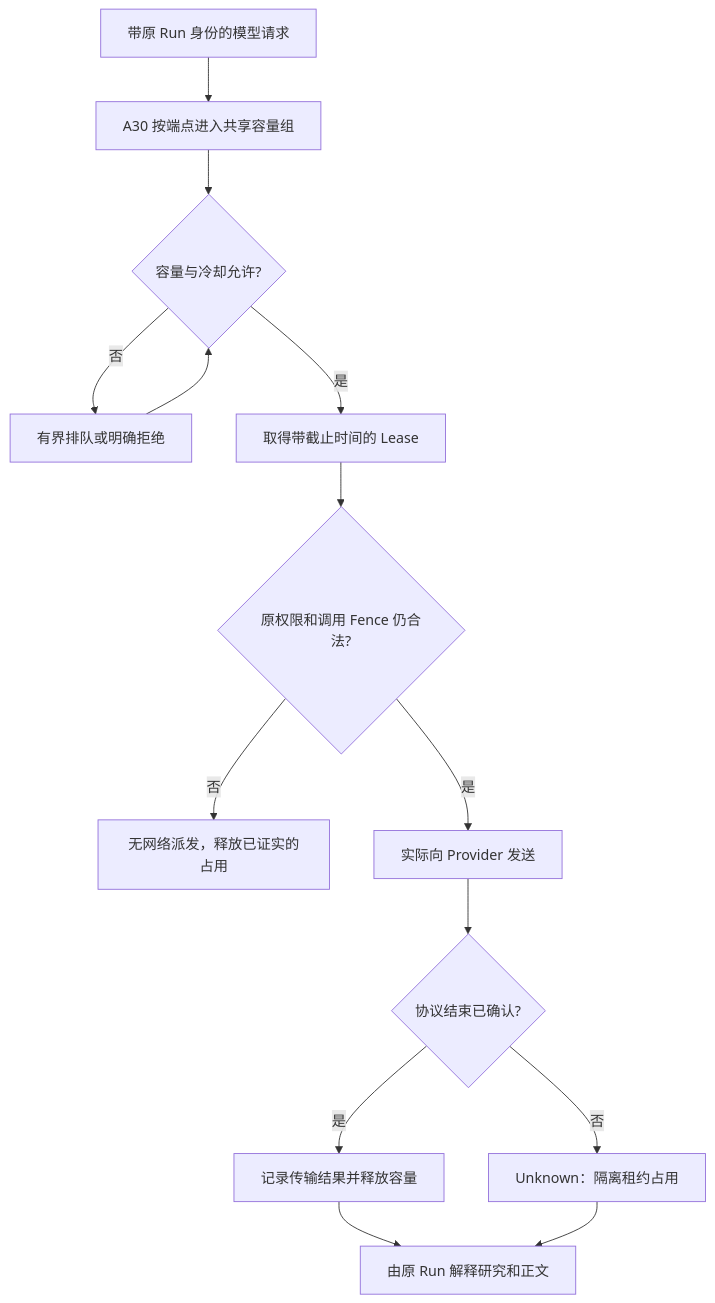
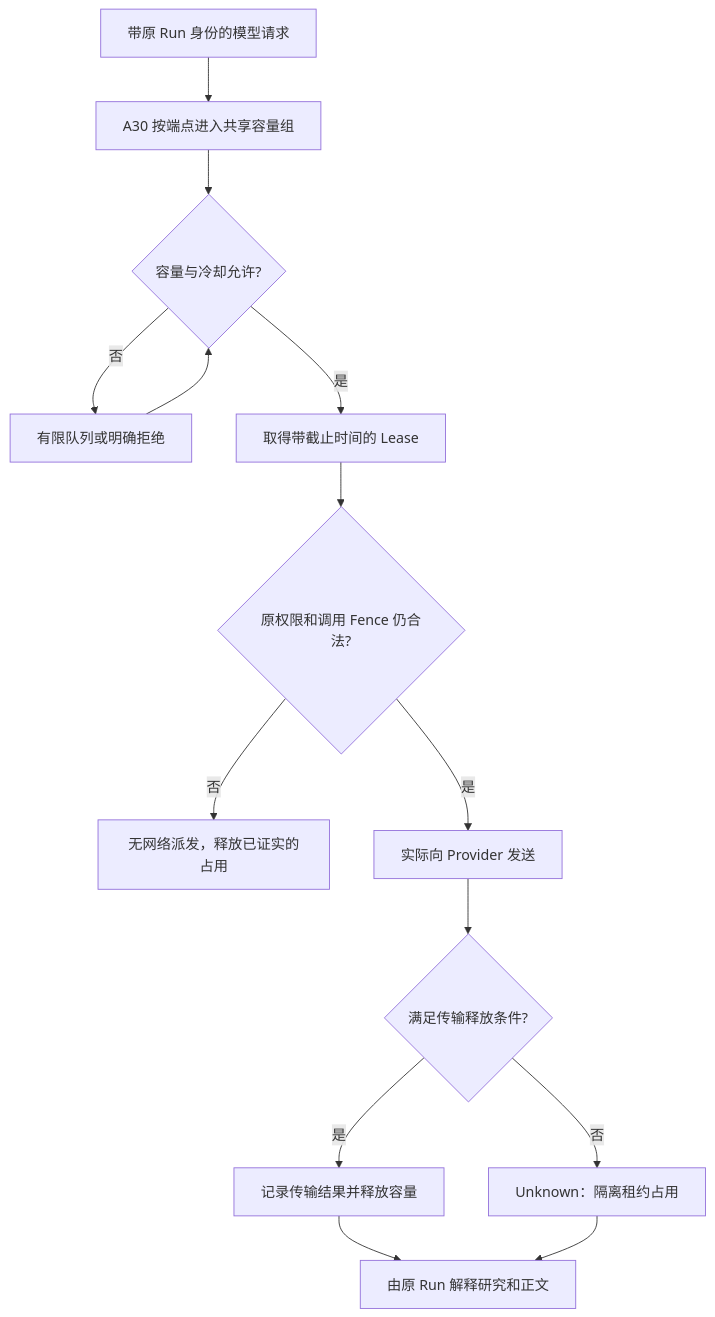
One commit to hpoenixf/eff-agent-article changed the diagram in articles/agent-provider-admission-capacity-lease.md. Above: the diagram before and after it, drawn with Mermaid. The commit also changed other lines of this file and 47 other files, not shown here.

````diff
--- a/articles/agent-provider-admission-capacity-lease.md
+++ b/articles/agent-provider-admission-capacity-lease.md
@@ -54,16 +58,16 @@
 ```mermaid
 flowchart TD
   A[带原 Run 身份的模型请求] --> B[A30 按端点进入共享容量组]
   B --> C{容量与冷却允许?}
-  C -- 否 --> D[有界排队或明确拒绝]
+  C -- 否 --> D[有限队列或明确拒绝]
   D --> C
   C -- 是 --> E[取得带截止时间的 Lease]
   E --> F{原权限和调用 Fence 仍合法?}
   F -- 否 --> G[无网络派发，释放已证实的占用]
   F -- 是 --> H[实际向 Provider 发送]
-  H --> I{协议结束已确认?}
+  H --> I{满足传输释放条件?}
   I -- 是 --> J[记录传输结果并释放容量]
   I -- 否 --> K[Unknown：隔离租约占用]
   J --> L[由原 Run 解释研究和正文]
   K --> L
 ```
````
